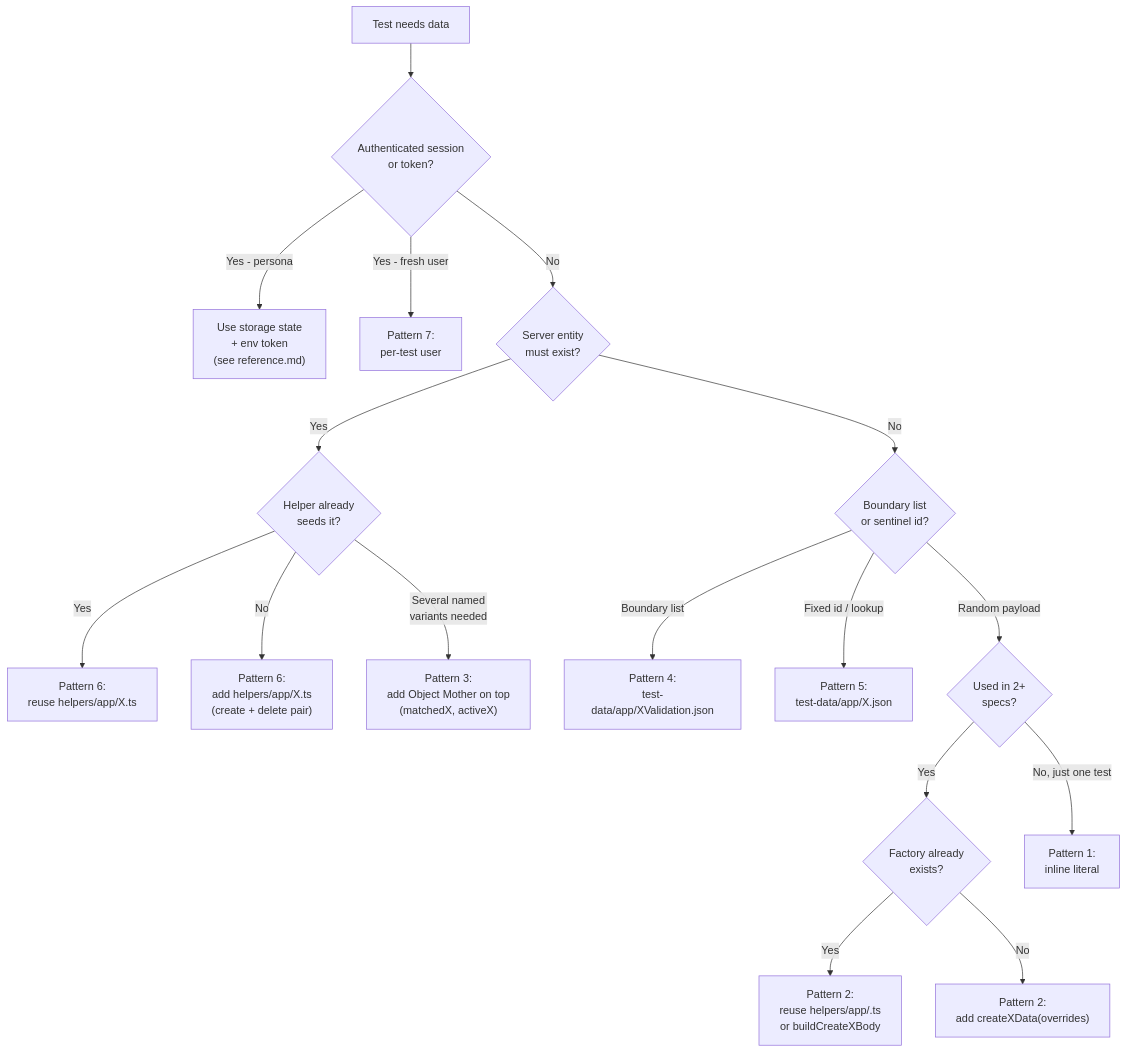
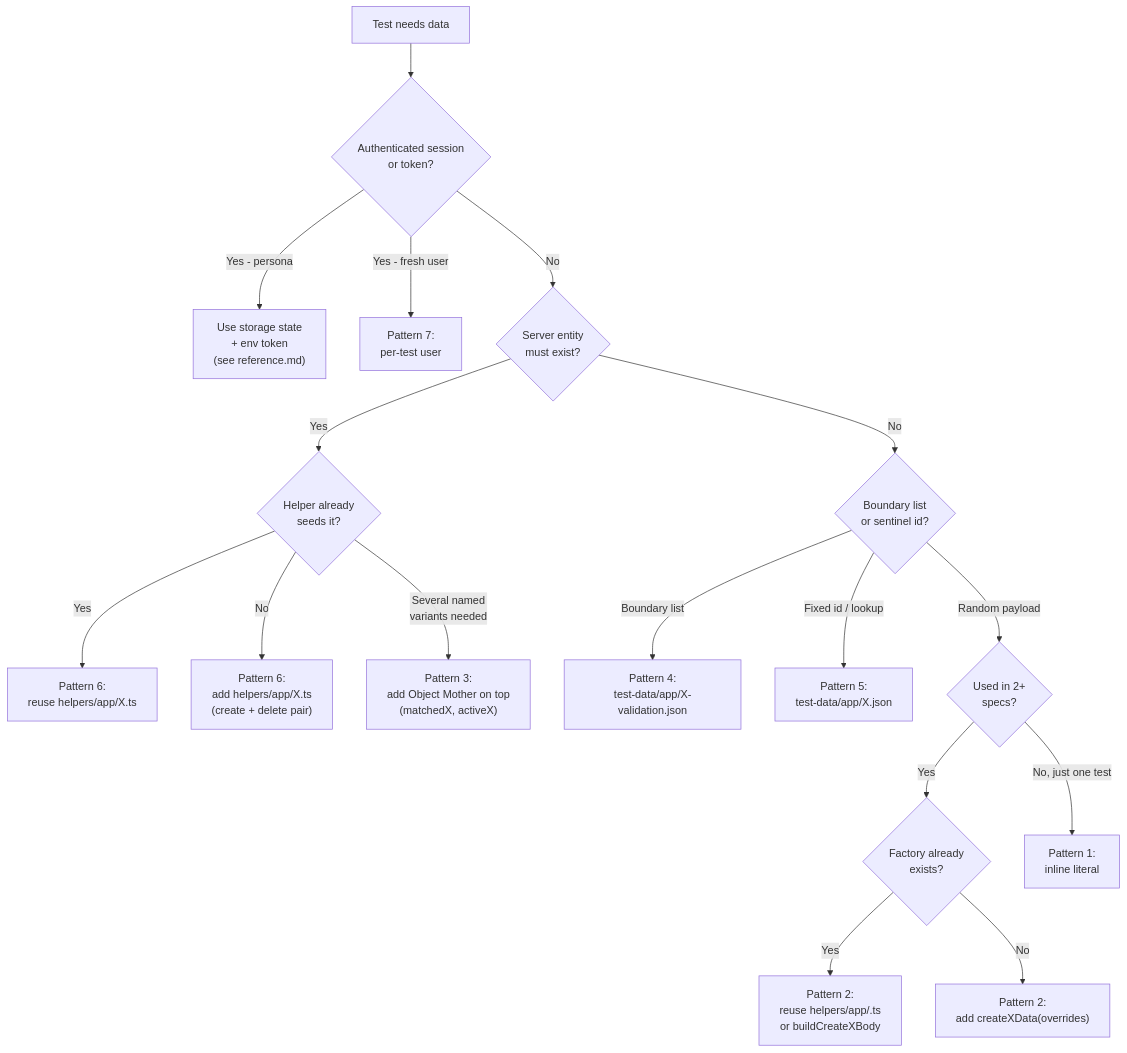
Before and after one commit to georgikazandzhiev-code/ai-native-qa-toolkit: the first of 3 diagrams in .claude/skills/data-strategy/SKILL.md, drawn with Mermaid. The commit also changed other lines of this file and 15 other files, not shown here.

````diff
--- a/.claude/skills/data-strategy/SKILL.md
+++ b/.claude/skills/data-strategy/SKILL.md
@@ -87,19 +87,19 @@
 ```mermaid
 flowchart TD
     Start[Test needs data] --> Q1{Authenticated session<br/>or token?}
     Q1 -->|Yes - persona| Persona["Use storage state<br/>+ env token<br/>(see reference.md)"]
     Q1 -->|Yes - fresh user| FreshUser["Pattern 7:<br/>per-test user"]
     Q1 -->|No| Q2{Server entity<br/>must exist?}
     Q2 -->|Yes| Q3{Helper already<br/>seeds it?}
     Q3 -->|Yes| ReuseSeeder["Pattern 6:<br/>reuse helpers/app/X.ts"]
     Q3 -->|No| WriteSeeder["Pattern 6:<br/>add helpers/app/X.ts<br/>(create + delete pair)"]
     Q2 -->|No| Q4{Boundary list<br/>or sentinel id?}
-    Q4 -->|Boundary list| ValidationJson["Pattern 4:<br/>test-data/app/XValidation.json"]
+    Q4 -->|Boundary list| ValidationJson["Pattern 4:<br/>test-data/app/X-validation.json"]
     Q4 -->|Fixed id / lookup| LookupJson["Pattern 5:<br/>test-data/app/X.json"]
     Q4 -->|Random payload| Q5{Used in 2+<br/>specs?}
     Q5 -->|Yes| Q6{Factory already<br/>exists?}
     Q6 -->|Yes| ReuseFactory["Pattern 2:<br/>reuse helpers/app/<topic>.ts<br/>or buildCreateXBody"]
     Q6 -->|No| WriteFactory["Pattern 2:<br/>add createXData(overrides)"]
     Q5 -->|No, just one test| Inline["Pattern 1:<br/>inline literal"]
     Q3 -->|Several named<br/>variants needed| ObjectMother["Pattern 3:<br/>add Object Mother on top<br/>(matchedX, activeX)"]
 ```
````
